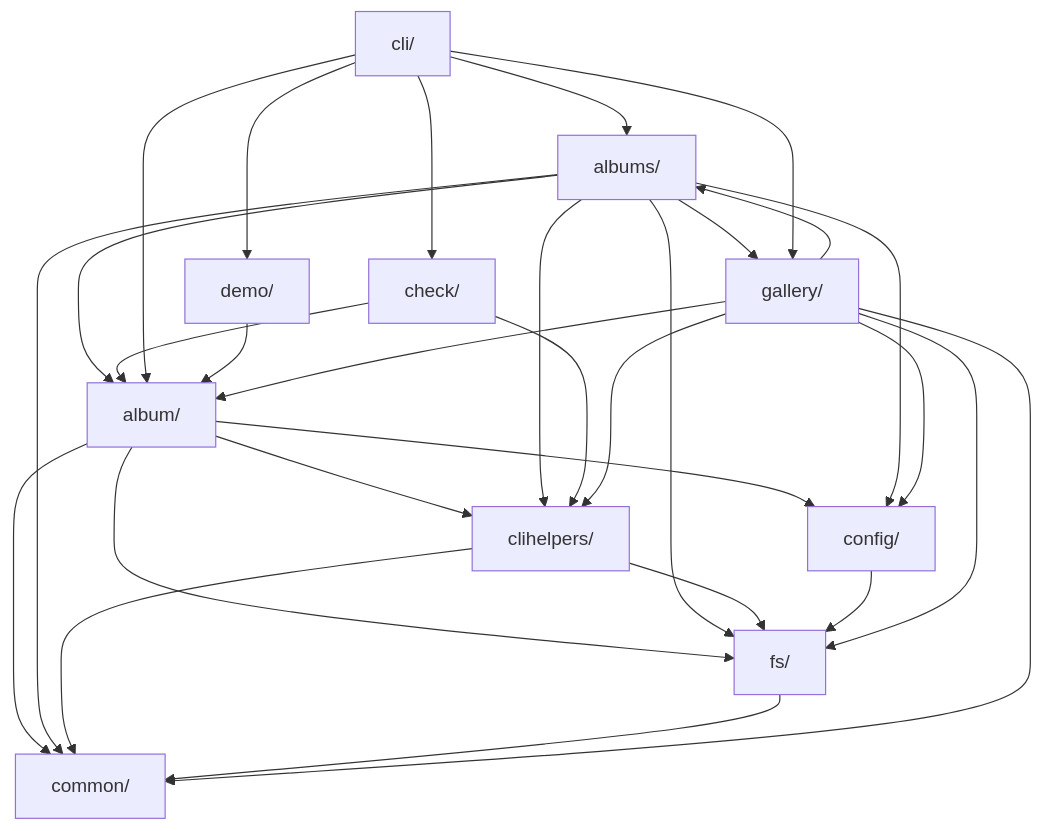
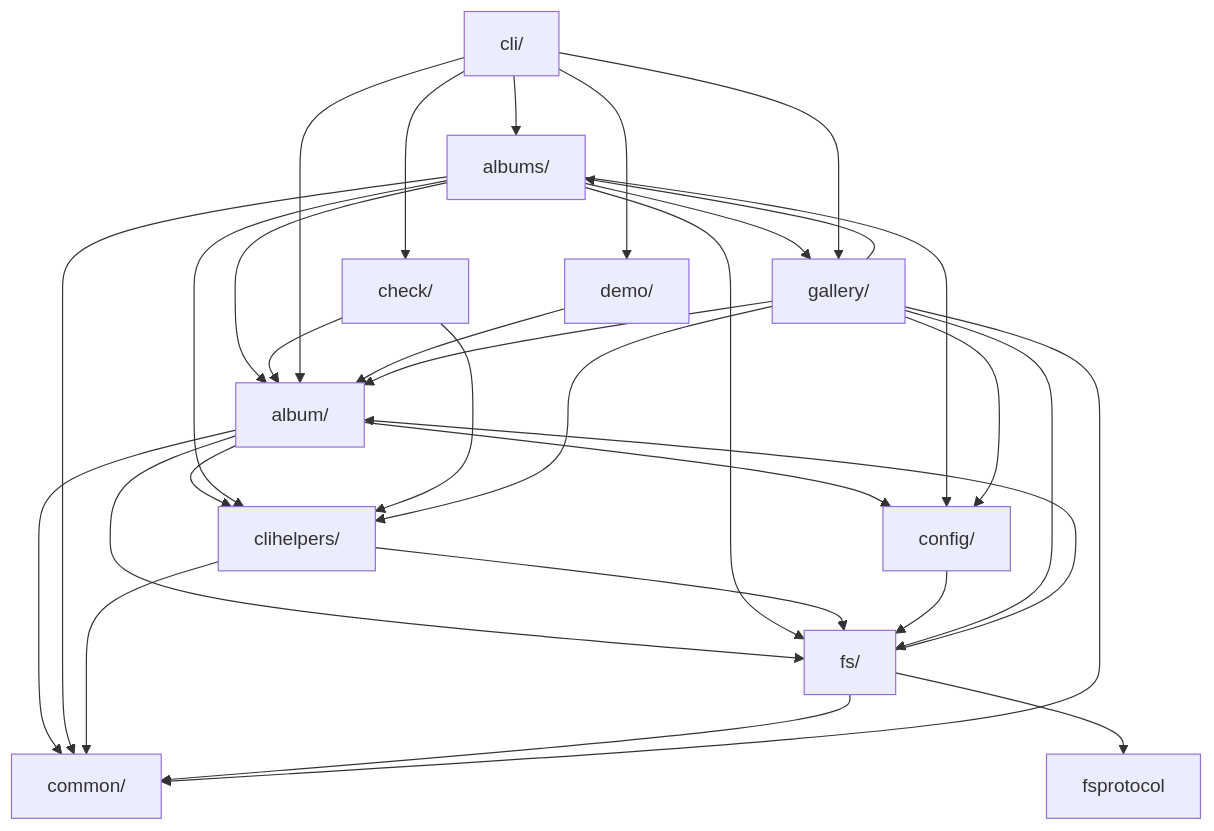
Before and after one commit to iglootools/photree: the diagram in docs/architecture.md, drawn with Mermaid. The commit also changed 3 other files, not shown here.

First line of the commit message:
refactor: extract fsprotocol.py and album/exporter/protocol.py from fs/protocol

````diff
--- a/docs/architecture.md
+++ b/docs/architecture.md
@@ -17,42 +17,45 @@
 ```mermaid
 graph TD
     album["album/"]
     albums["albums/"]
     check["check/"]
     cli["cli/"]
     clihelpers["clihelpers/"]
     common["common/"]
     config["config/"]
     demo["demo/"]
     fs["fs/"]
+    fsprotocol["fsprotocol"]
     gallery["gallery/"]
 
     album --> clihelpers
     album --> common
     album --> config
     album --> fs
     albums --> album
     albums --> clihelpers
     albums --> common
     albums --> config
     albums --> fs
     albums --> gallery
     check --> album
     check --> clihelpers
     cli --> album
     cli --> albums
     cli --> check
     cli --> demo
     cli --> gallery
     clihelpers --> common
     clihelpers --> fs
     config --> fs
     demo --> album
+    fs --> album
     fs --> common
+    fs --> fsprotocol
     gallery --> album
     gallery --> albums
     gallery --> clihelpers
     gallery --> common
     gallery --> config
     gallery --> fs
 ```
````
